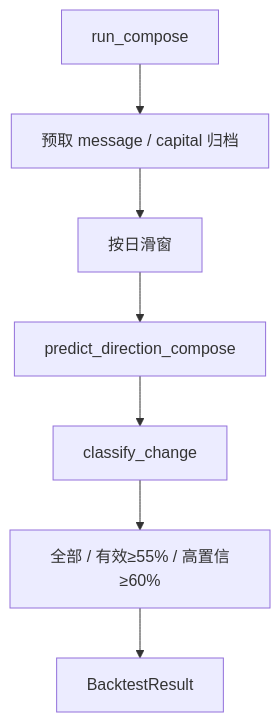
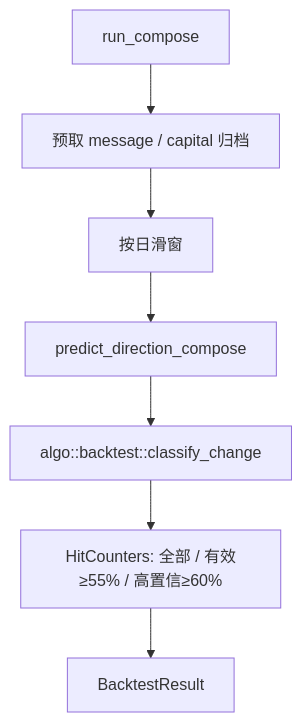
Before and after one commit to wuyanwen1997-wyw/stock-predict: diagram 15 of 18 in docs/软件设计说明.md, drawn with Mermaid. The commit also changed other lines of this file and 10 other files, not shown here.

````diff
--- a/docs/软件设计说明.md
+++ b/docs/软件设计说明.md
@@ -451,9 +517,9 @@
 ```mermaid
 flowchart TB
     RC[run_compose] --> PRE[预取 message / capital 归档]
     PRE --> LOOP[按日滑窗]
     LOOP --> DIR[predict_direction_compose]
-    DIR --> CLS[classify_change]
-    CLS --> MET[全部 / 有效≥55% / 高置信≥60%]
+    DIR --> CLS[algo::backtest::classify_change]
+    CLS --> MET[HitCounters: 全部 / 有效≥55% / 高置信≥60%]
     MET --> RES[BacktestResult]
 ```
````
